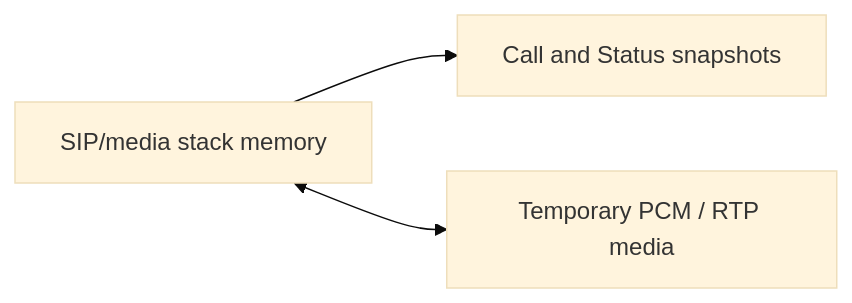
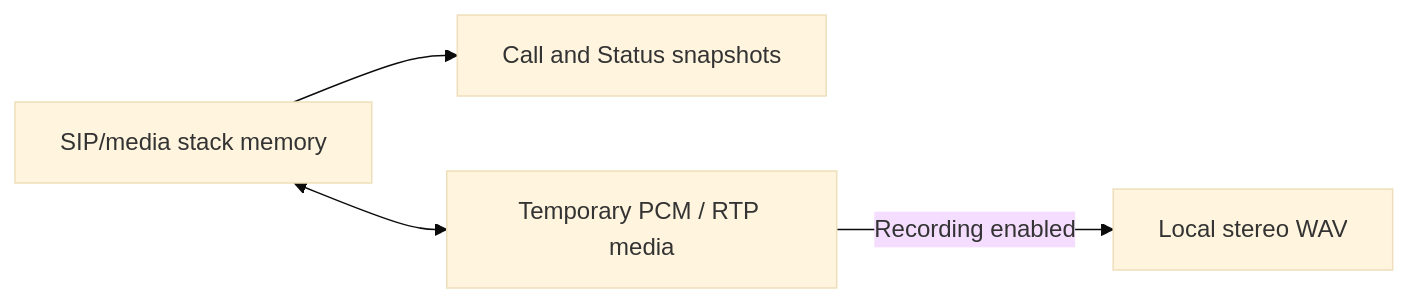
The third of 4 diagrams in docs/05-data-information-view.md (samiferr/wise-soft-phone), drawn with Mermaid (base theme) before and after one commit. The commit also changed other lines of this file and 18 other files, not shown here.

````diff
--- a/docs/05-data-information-view.md
+++ b/docs/05-data-information-view.md
@@ -25,5 +25,6 @@
 ```mermaid
 flowchart LR
     Stack[SIP/media stack memory] --> Call[Call and Status snapshots]
     Stack <--> PCM[Temporary PCM / RTP media]
+    PCM -->|Recording enabled| WAV[Local stereo WAV]
 ```
````
